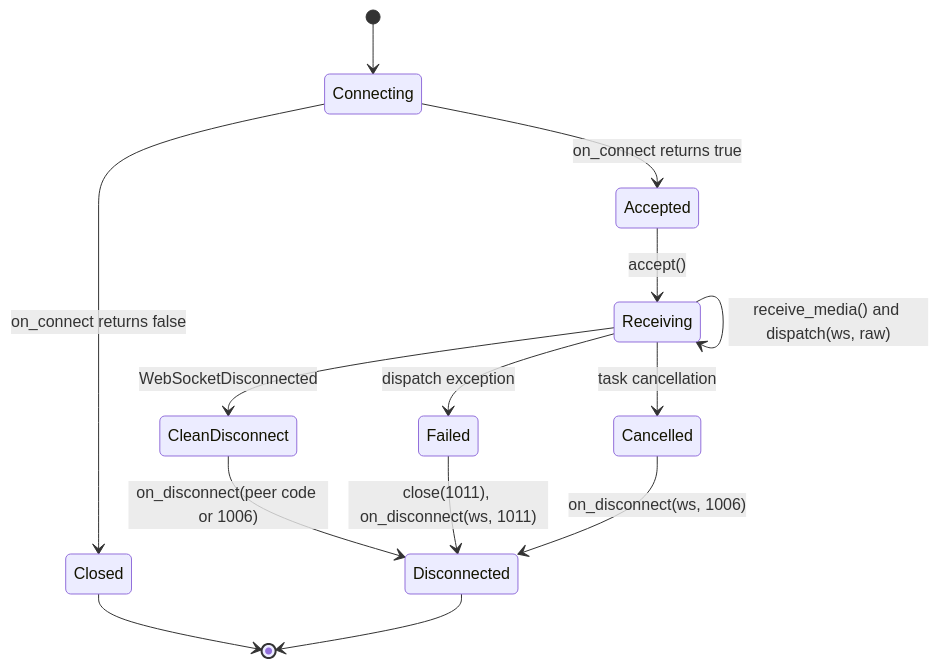
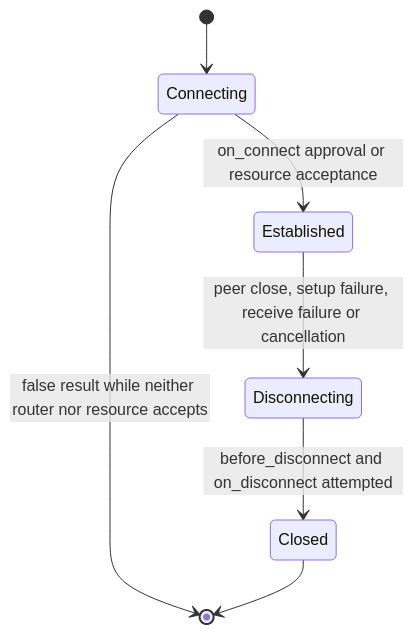
The first of 20 diagrams in docs/falcon-websocket-extension-design.md (leynos/falcon-pachinko), drawn with Mermaid before and after one commit. The commit also changed other lines of this file and 63 other files, not shown here.

First line of the commit message:
Complete WebSocketResource disconnect lifecycle and close-code semantics (#177) (#245)

````diff
--- a/docs/falcon-websocket-extension-design.md
+++ b/docs/falcon-websocket-extension-design.md
@@ -73,24 +100,17 @@
 ```mermaid
 stateDiagram-v2
     accTitle: WebSocket session state transitions
     accDescr {
-        The opted-in session starts while the router runs on_connect. A false
-        result closes the session; a true result leads to acceptance and a
-        persistent receive and dispatch loop. Disconnect, failure or
-        cancellation leads to cleanup and then the disconnected state.
+        Approval or resource-owned acceptance promises cleanup. An unaccepted
+        false result returns without cleanup only when the resource did not
+        accept during on_connect. Peer closure, failure or cancellation moves
+        an established session through one cleanup phase.
     }
 
     [*] --> Connecting
-    Connecting --> Accepted: on_connect returns true
-    Connecting --> Closed: on_connect returns false
-    Accepted --> Receiving: accept()
-    Receiving --> Receiving: receive_media() and dispatch(ws, raw)
-    Receiving --> CleanDisconnect: WebSocketDisconnected
-    Receiving --> Failed: dispatch exception
-    Receiving --> Cancelled: task cancellation
-    CleanDisconnect --> Disconnected: on_disconnect(peer code or 1006)
-    Failed --> Disconnected: close(1011), on_disconnect(ws, 1011)
-    Cancelled --> Disconnected: on_disconnect(ws, 1006)
+    Connecting --> Established: on_connect approval or resource acceptance
+    Connecting --> [*]: false result while neither router nor resource accepts
+    Established --> Disconnecting: peer close, setup failure, receive failure or cancellation
+    Disconnecting --> Closed: before_disconnect and on_disconnect attempted
     Closed --> [*]
-    Disconnected --> [*]
 ```
````
